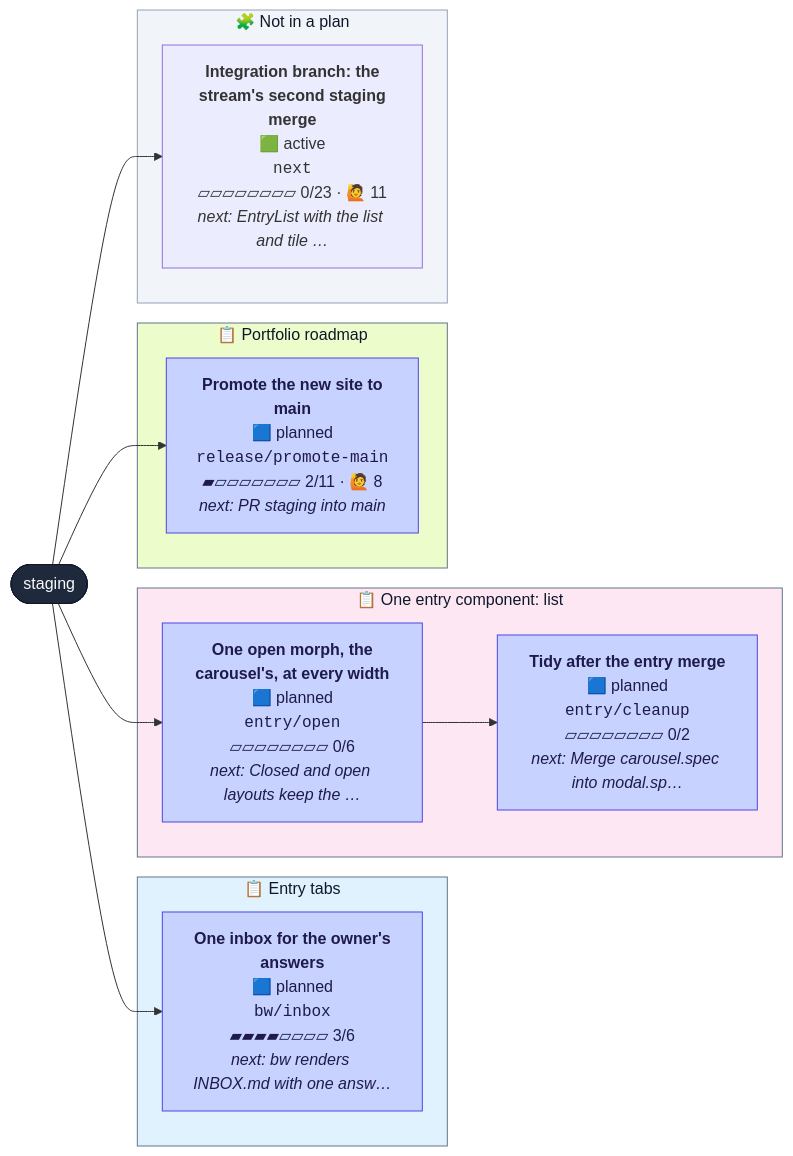
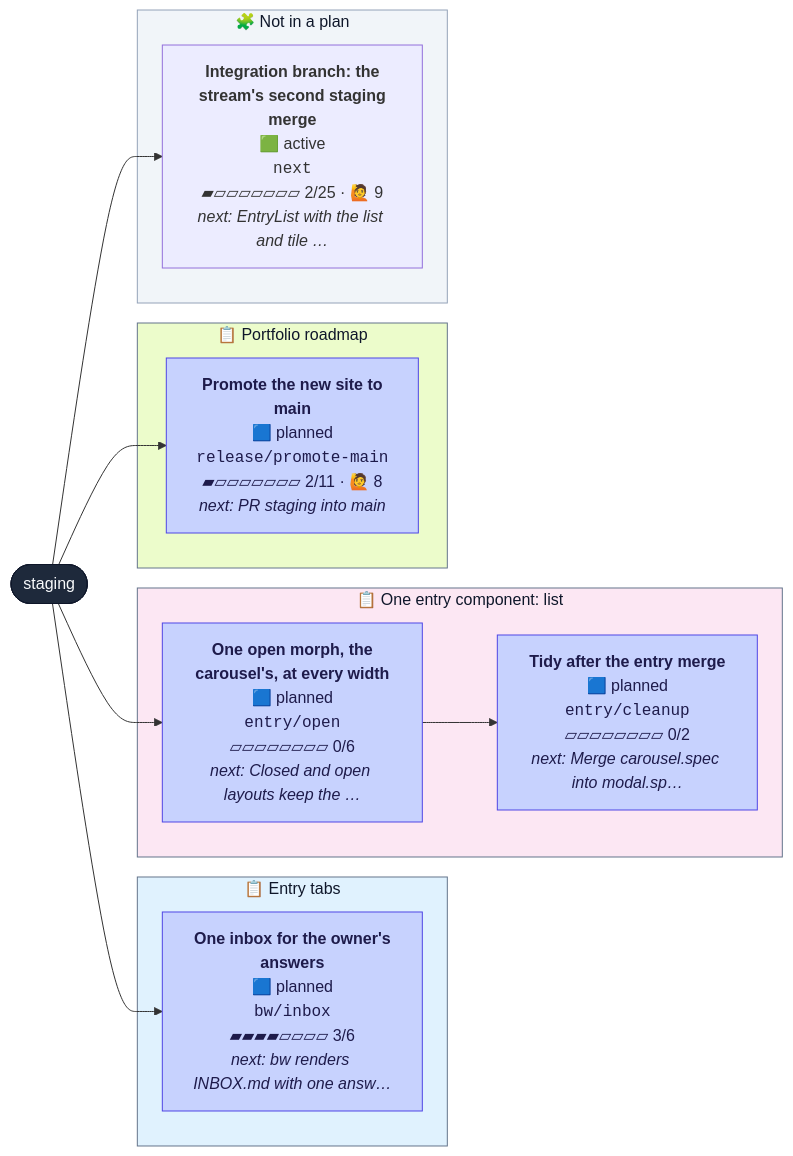
The diagram in CONTRIBUTING.md (henryjonescodes/portfolio), drawn with Mermaid before and after one commit. The commit also changed other lines of this file and 1 other file, not shown here.

````diff
--- a/CONTRIBUTING.md
+++ b/CONTRIBUTING.md
@@ -16,38 +16,38 @@
 ```mermaid
 flowchart LR
   n_staging([staging])
   class n_staging trunk
   subgraph plan_0["📋 Entry tabs"]
     n_bw_inbox["<b>One inbox for the owner's<br/>answers</b><br/>🟦 planned<br/><code>bw/inbox</code><br/>▰▰▰▰▱▱▱▱ 3/6<br/><i>next: bw renders INBOX.md with one answ…</i>"]
     class n_bw_inbox planned
   end
   style plan_0 fill:#e0f2fe,stroke:#64748b,color:#0f172a
   subgraph plan_1["📋 One entry component: list"]
     n_entry_cleanup["<b>Tidy after the entry merge</b><br/>🟦 planned<br/><code>entry/cleanup</code><br/>▱▱▱▱▱▱▱▱ 0/2<br/><i>next: Merge carousel.spec into modal.sp…</i>"]
     class n_entry_cleanup planned
     n_entry_open["<b>One open morph, the<br/>carousel's, at every width</b><br/>🟦 planned<br/><code>entry/open</code><br/>▱▱▱▱▱▱▱▱ 0/6<br/><i>next: Closed and open layouts keep the …</i>"]
     class n_entry_open planned
   end
   style plan_1 fill:#fce7f3,stroke:#64748b,color:#0f172a
   subgraph plan_2["📋 Portfolio roadmap"]
     n_release_promote_main["<b>Promote the new site to<br/>main</b><br/>🟦 planned<br/><code>release/promote-main</code><br/>▰▱▱▱▱▱▱▱ 2/11 · 🙋 8<br/><i>next: PR staging into main</i>"]
     class n_release_promote_main planned
   end
   style plan_2 fill:#ecfccb,stroke:#64748b,color:#0f172a
   subgraph loose["🧩 Not in a plan"]
-    n_next["<b>Integration branch: the<br/>stream's second staging<br/>merge</b><br/>🟩 active<br/><code>next</code><br/>▱▱▱▱▱▱▱▱ 0/23 · 🙋 11<br/><i>next: EntryList with the list and tile …</i>"]
+    n_next["<b>Integration branch: the<br/>stream's second staging<br/>merge</b><br/>🟩 active<br/><code>next</code><br/>▰▱▱▱▱▱▱▱ 2/25 · 🙋 9<br/><i>next: EntryList with the list and tile …</i>"]
     class n_next active,current
   end
   style loose fill:#f1f5f9,stroke:#94a3b8,color:#0f172a
   n_staging --> n_bw_inbox
   n_entry_open --> n_entry_cleanup
   n_staging --> n_entry_open
   n_staging --> n_next
   n_staging --> n_release_promote_main
   classDef planned fill:#c7d2fe,stroke:#4f46e5,color:#1e1b4b
   classDef active fill:#bbf7d0,stroke:#16a34a,stroke-width:3px,color:#052e16
   classDef review fill:#fde68a,stroke:#d97706,stroke-width:3px,color:#451a03
   classDef blocked fill:#fecaca,stroke:#dc2626,stroke-width:3px,color:#450a0a
   classDef trunk fill:#1e293b,stroke:#0f172a,color:#f8fafc
   classDef current stroke:#0ea5e9,stroke-width:5px
 ```
````
